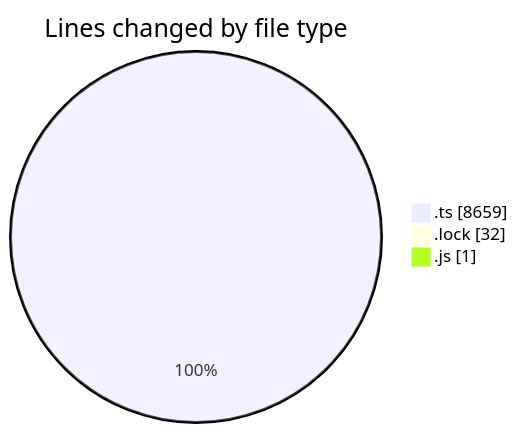
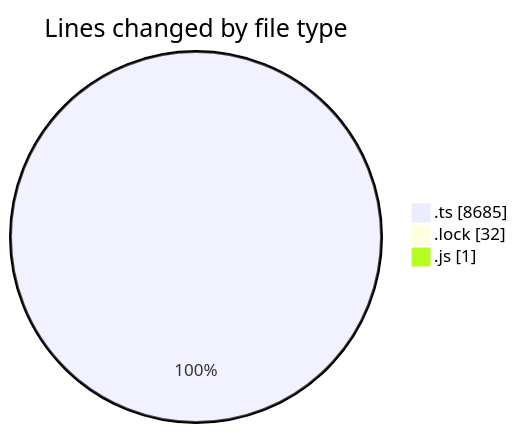
One commit to momahboobian/code-tracking changed the first of 2 diagrams in 2025-05-30/cda/README.md. Above: the diagram before and after it, drawn with Mermaid. The commit also changed other lines of this file and 1 other file, not shown here.

````diff
--- a/2025-05-30/cda/README.md
+++ b/2025-05-30/cda/README.md
@@ -25,7 +25,7 @@
 ```mermaid
 pie showData
 title Lines changed by file type
-".ts" : 8659
+".ts" : 8685
 ".lock" : 32
 ".js" : 1
 ```
````
